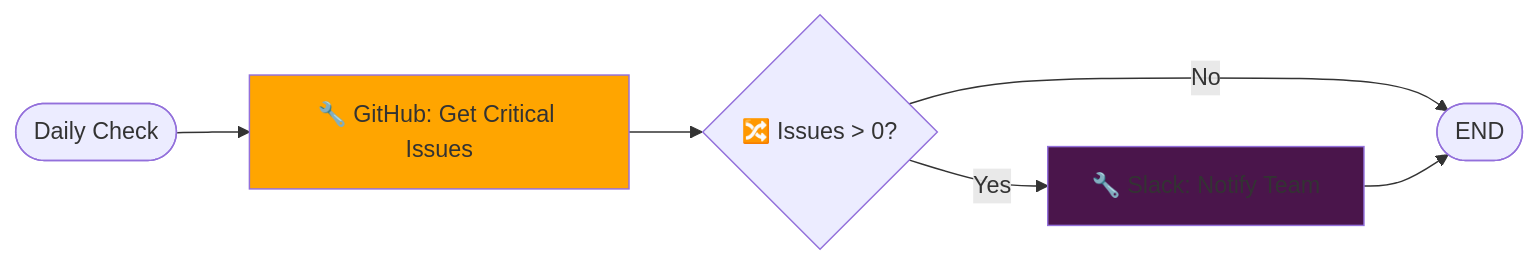
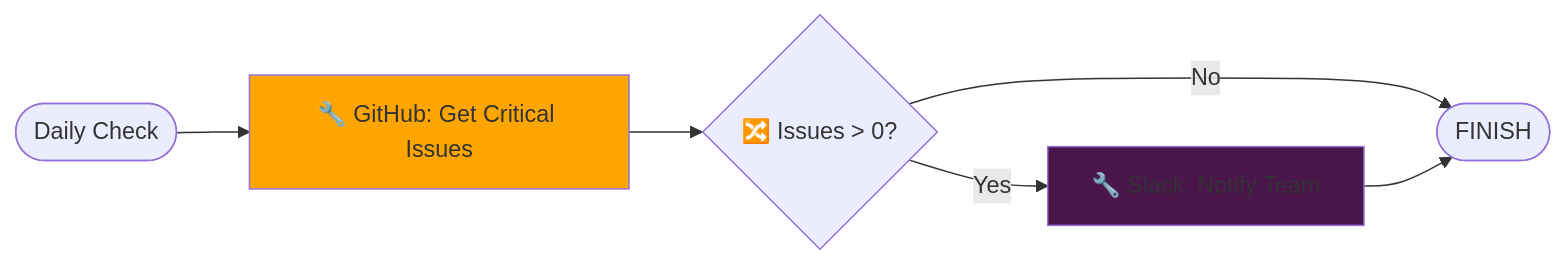
One commit to ralf-42/Agenten changed the tenth of 23 diagrams in docs/frameworks/Einsteiger_Agent_Builder.md. Above: the diagram before and after it, drawn with Mermaid. The commit also changed other lines of this file and 1 other file, not shown here.

````diff
--- a/docs/frameworks/Einsteiger_Agent_Builder.md
+++ b/docs/frameworks/Einsteiger_Agent_Builder.md
@@ -394,11 +394,11 @@
 ```mermaid
 flowchart LR
     START([Daily Check]) --> GH[🔧 GitHub: Get Critical Issues]
     GH --> COND{🔀 Issues > 0?}
     COND -->|Yes| SLACK[🔧 Slack: Notify Team]
-    COND -->|No| END([END])
-    SLACK --> END
+    COND -->|No| FINISH([FINISH])
+    SLACK --> FINISH
 
     style GH fill:#FFA500
     style SLACK fill:#4A154B
 ```
````
